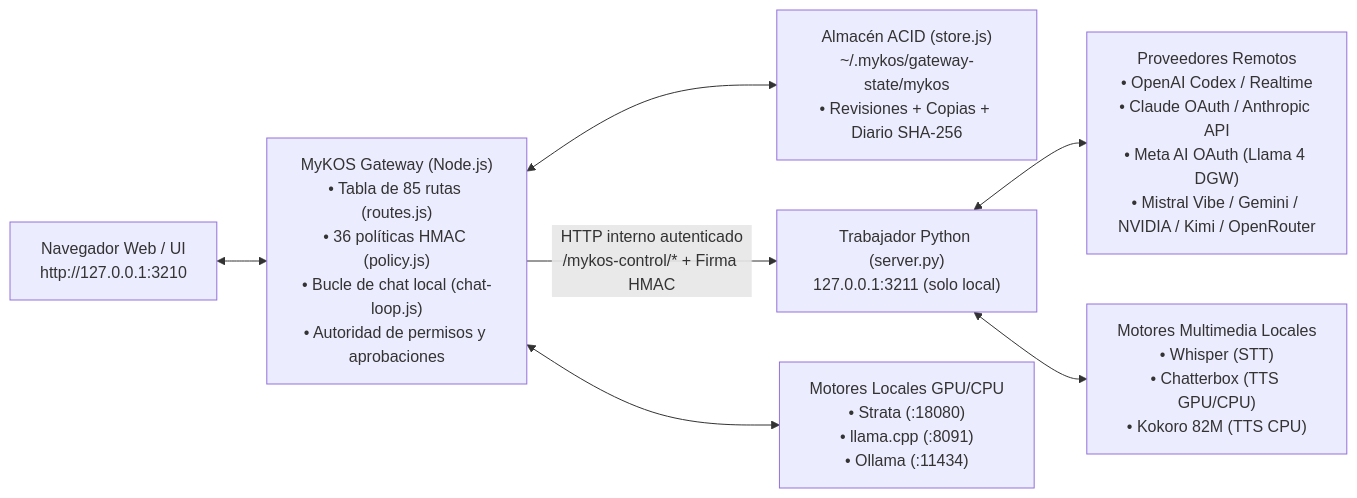
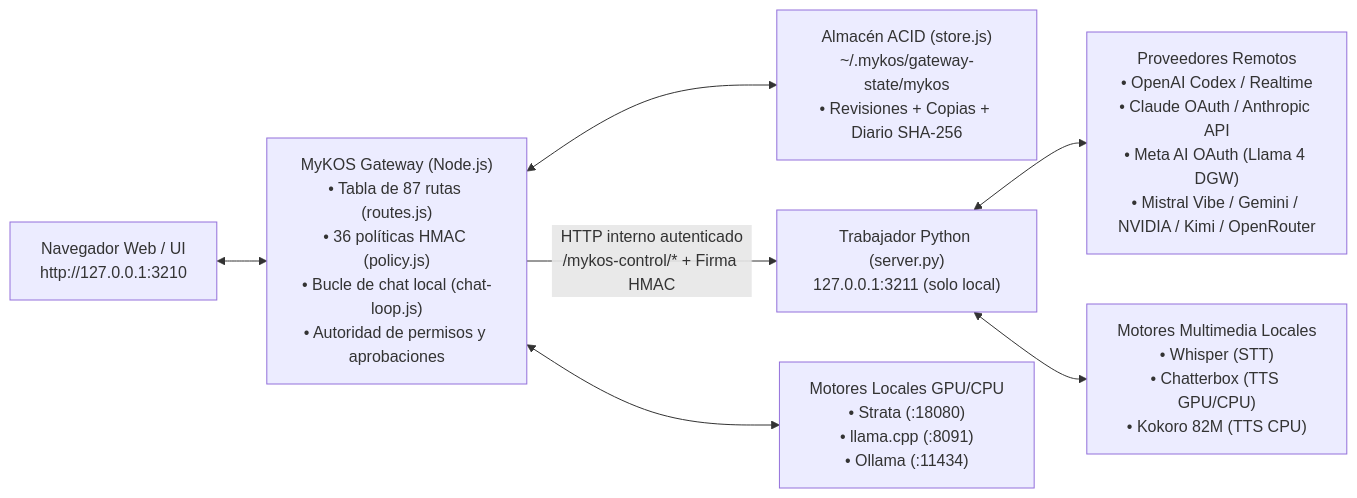
The diagram in README.md (eskib0/MyKOS), drawn with Mermaid before and after one commit. The commit also changed other lines of this file and 9 other files, not shown here.

````diff
--- a/README.md
+++ b/README.md
@@ -60,9 +60,9 @@
 ```mermaid
 flowchart LR
-    Browser["Navegador Web / UI\nhttp://127.0.0.1:3210"] <--> Gateway["MyKOS Gateway (Node.js)\n• Tabla de 85 rutas (routes.js)\n• 36 políticas HMAC (policy.js)\n• Bucle de chat local (chat-loop.js)\n• Autoridad de permisos y aprobaciones"]
+    Browser["Navegador Web / UI\nhttp://127.0.0.1:3210"] <--> Gateway["MyKOS Gateway (Node.js)\n• Tabla de 87 rutas (routes.js)\n• 36 políticas HMAC (policy.js)\n• Bucle de chat local (chat-loop.js)\n• Autoridad de permisos y aprobaciones"]
     Gateway <--> Store["Almacén ACID (store.js)\n~/.mykos/gateway-state/mykos\n• Revisiones + Copias + Diario SHA-256"]
     Gateway -- "HTTP interno autenticado\n/mykos-control/* + Firma HMAC" --> Worker["Trabajador Python (server.py)\n127.0.0.1:3211 (solo local)"]
     Gateway <--> LocalEngines["Motores Locales GPU/CPU\n• Strata (:18080)\n• llama.cpp (:8091)\n• Ollama (:11434)"]
     Worker <--> CloudProviders["Proveedores Remotos\n• OpenAI Codex / Realtime\n• Claude OAuth / Anthropic API\n• Meta AI OAuth (Llama 4 DGW)\n• Mistral Vibe / Gemini / NVIDIA / Kimi / OpenRouter"]
     Worker <--> LocalVoice["Motores Multimedia Locales\n• Whisper (STT)\n• Chatterbox (TTS GPU/CPU)\n• Kokoro 82M (TTS CPU)"]
 ```
````
